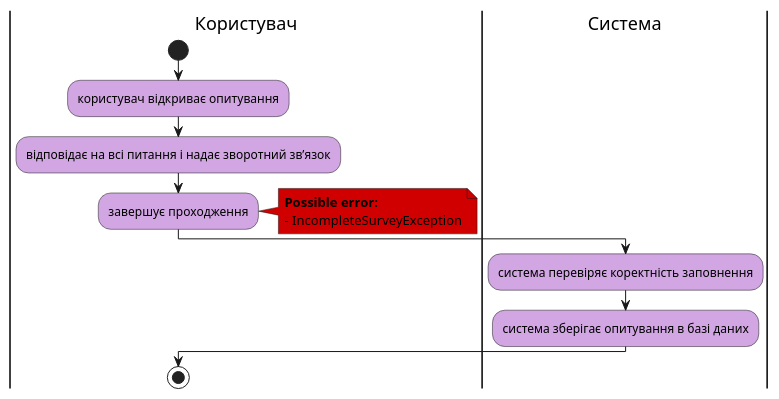
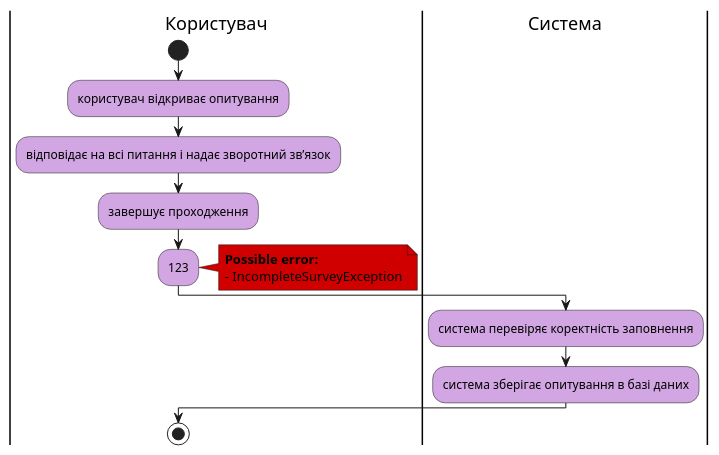
One commit to sunnytea0/db_labs_my changed the seventh of 13 diagrams in docs/use cases/README.md. Above: the diagram before and after it, drawn with PlantUML. The commit also changed other lines of this file, not shown here.

```diff
--- a/docs/use cases/README.md
+++ b/docs/use cases/README.md
@@ -261,22 +261,23 @@
 @startuml
 
     skinparam ActivityBackgroundColor #d1a6e2
 
     |Користувач|
     start;
     :користувач відкриває опитування;
     :відповідає на всі питання і надає зворотний зв’язок;
     :завершує проходження;
+    :123;
     note right #D10000
     <b>Possible error:
     - IncompleteSurveyException
     end note
 
     |Система|
     :система перевіряє коректність заповнення;
     :система зберігає опитування в базі даних;
 
     |Користувач|
     stop;
 
 @enduml
```
